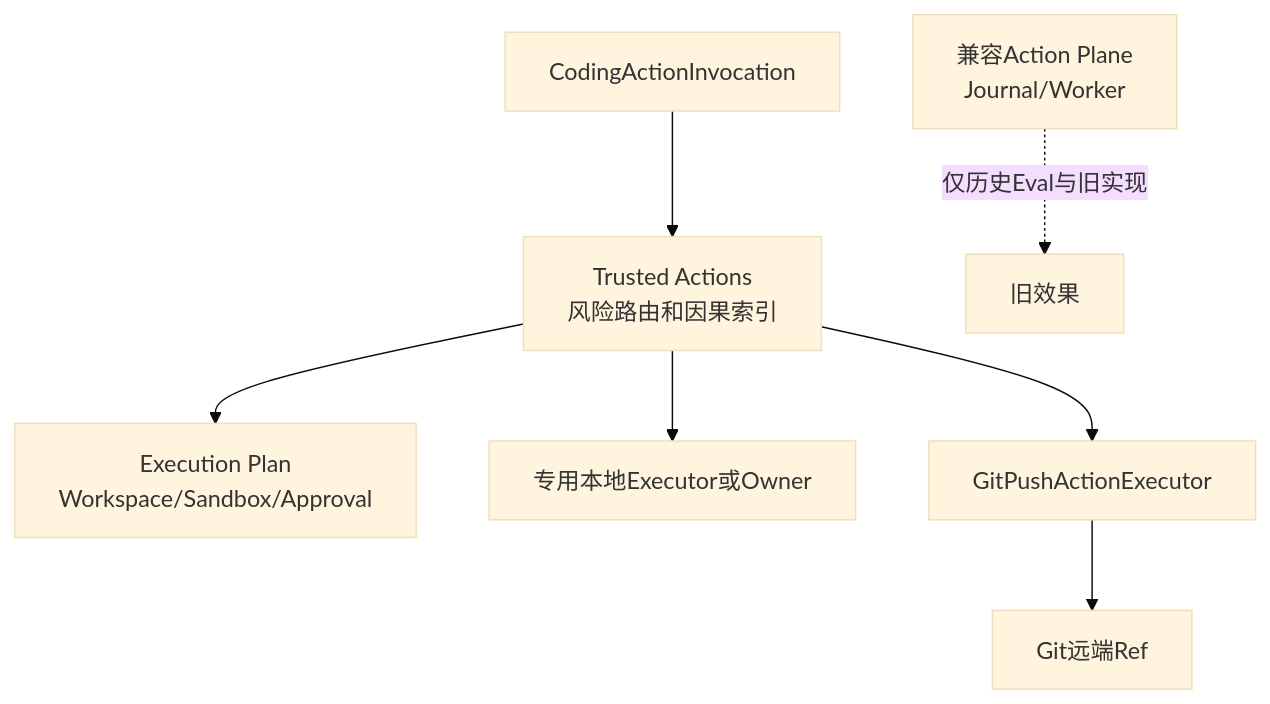
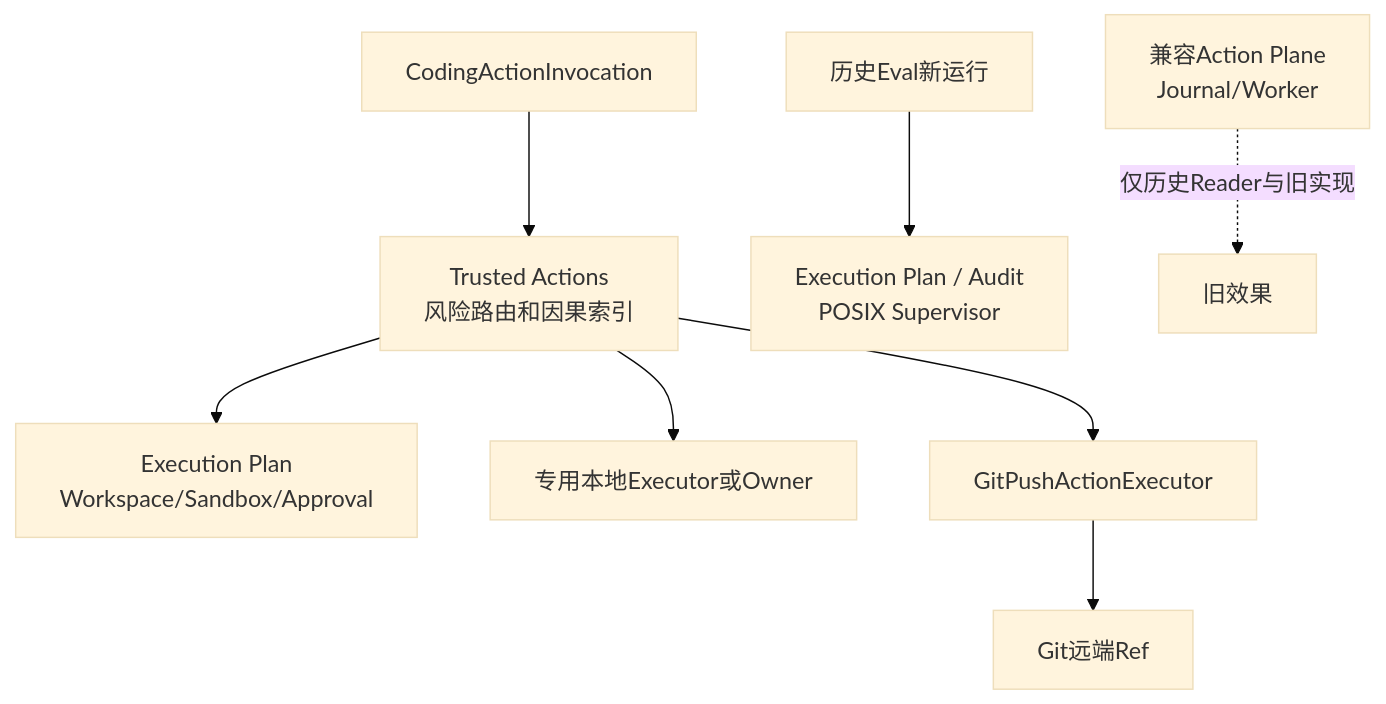
The second of 18 diagrams in docs/modules/trusted-actions.md (carrie1988/Harnessix), drawn with Mermaid (base theme) before and after one commit. The commit also changed other lines of this file and 33 other files, not shown here.

````diff
--- a/docs/modules/trusted-actions.md
+++ b/docs/modules/trusted-actions.md
@@ -225,9 +225,10 @@
 ```mermaid
 flowchart TD
     Invoke[CodingActionInvocation] --> Trusted[Trusted Actions<br/>风险路由和因果索引]
     Trusted --> Exec[Execution Plan<br/>Workspace/Sandbox/Approval]
     Trusted --> Local[专用本地Executor或Owner]
     Trusted --> Git[GitPushActionExecutor]
     Git --> External[Git远端Ref]
-    Legacy[兼容Action Plane<br/>Journal/Worker] -.仅历史Eval与旧实现.-> LegacyEffect[旧效果]
+    Eval[历史Eval新运行] --> EvalOwner[Execution Plan / Audit<br/>POSIX Supervisor]
+    Legacy[兼容Action Plane<br/>Journal/Worker] -.仅历史Reader与旧实现.-> LegacyEffect[旧效果]
 ```
````
